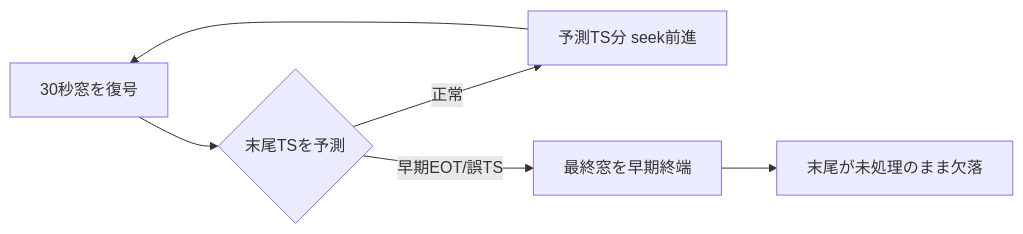
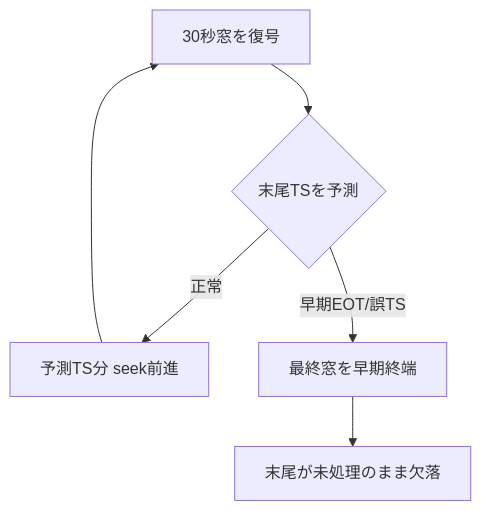
Before and after one commit to Takenori-Kusaka/publishing-hub: the diagram in books/quickscribe-design/default-model-reversal.md, drawn with Mermaid. The commit also changed 8 other files, not shown here.

Commit message:
chore(mermaid): fix figures and check-figures script [P0-03]

````diff
--- a/books/quickscribe-design/default-model-reversal.md
+++ b/books/quickscribe-design/default-model-reversal.md
@@ -18,8 +18,8 @@
 ```mermaid
-flowchart LR
+flowchart TD
     A[30秒窓を復号] --> B{末尾TSを予測}
     B -->|正常| C[予測TS分 seek前進]
     C --> A
     B -->|早期EOT/誤TS| D[最終窓を早期終端]
     D --> E[末尾が未処理のまま欠落]
 ```
````
